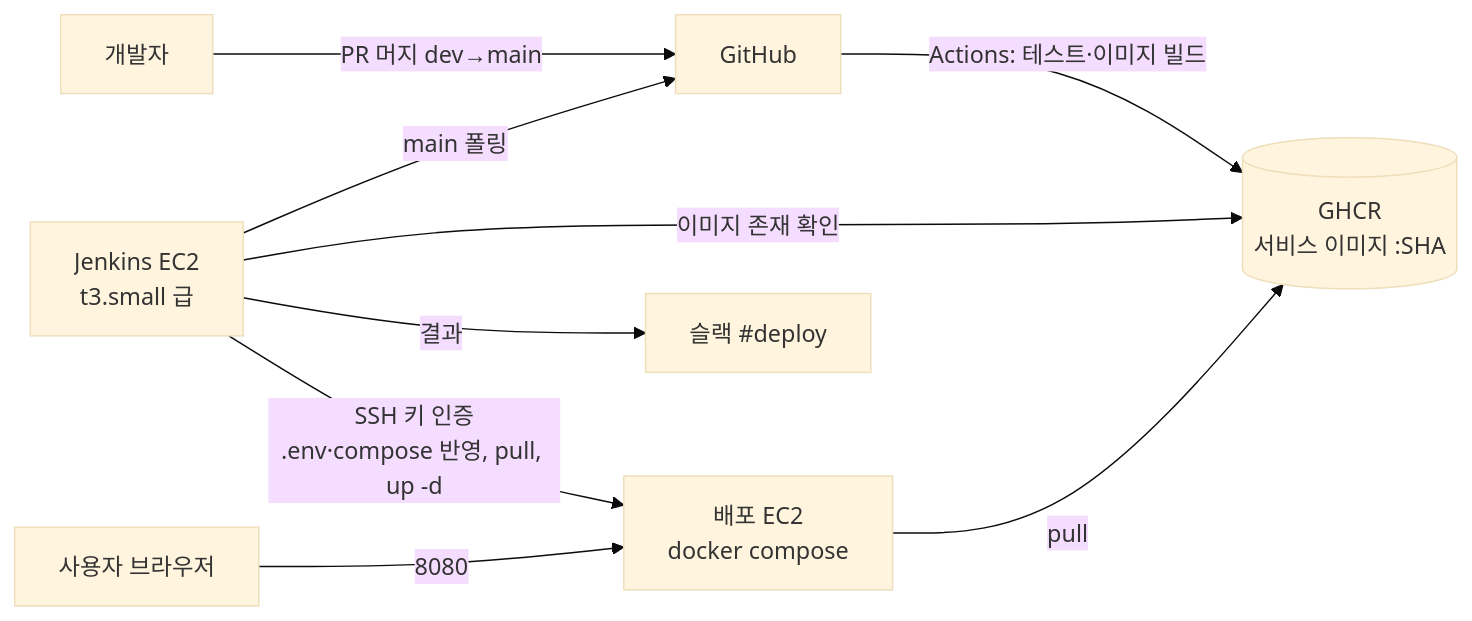
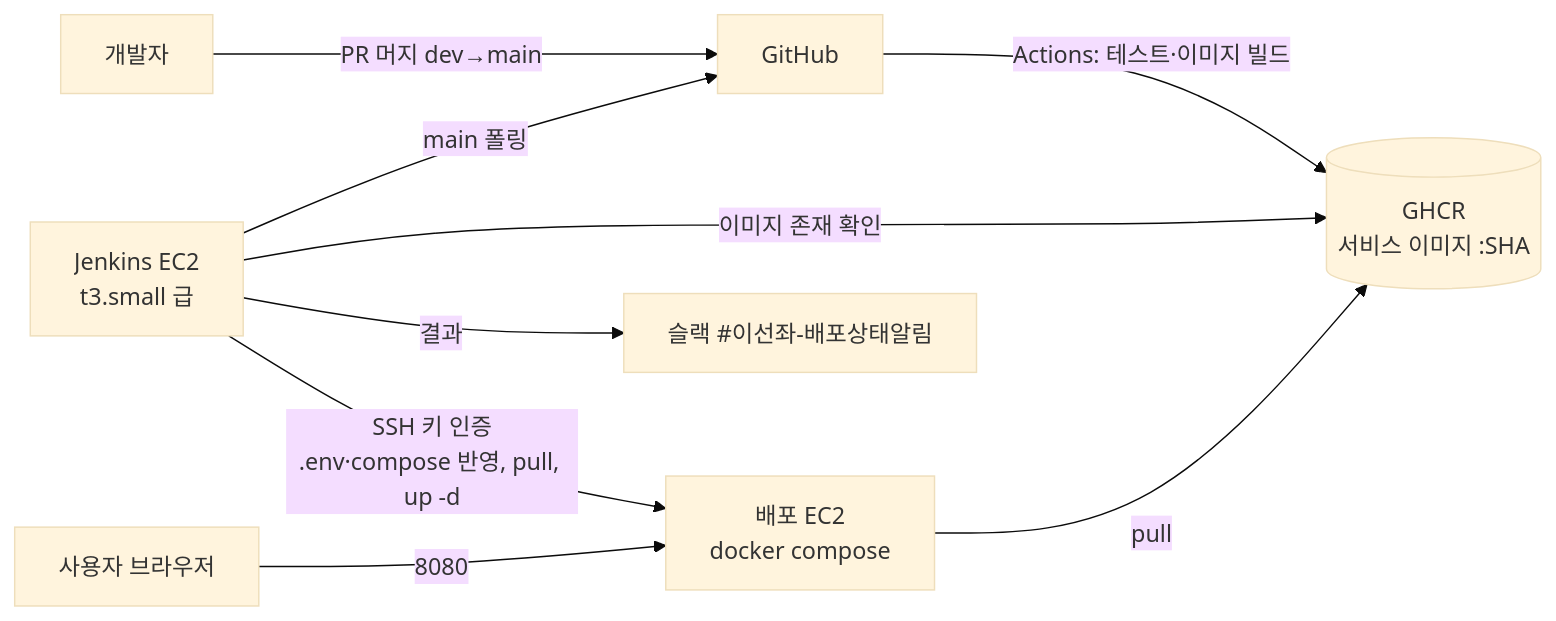
Before and after one commit to iseonjwa/high-quality-ticketing-system: the diagram in docs/design/infra/deployment.md, drawn with Mermaid (base theme). The commit also changed other lines of this file and 6 other files, not shown here.

````diff
--- a/docs/design/infra/deployment.md
+++ b/docs/design/infra/deployment.md
@@ -9,11 +9,11 @@
 ```mermaid
 flowchart LR
   DEV[개발자] -->|PR 머지 dev→main| GH[GitHub]
   GH -->|Actions: 테스트·이미지 빌드| GHCR[(GHCR<br/>서비스 이미지 :SHA)]
   JK[Jenkins EC2<br/>t3.small 급] -->|main 폴링| GH
   JK -->|이미지 존재 확인| GHCR
   JK -->|SSH 키 인증<br/>.env·compose 반영, pull, up -d| DEPLOY[배포 EC2<br/>docker compose]
   DEPLOY -->|pull| GHCR
-  JK -->|결과| SL[슬랙 #deploy]
+  JK -->|결과| SL[슬랙 #이선좌-배포상태알림]
   USER[사용자 브라우저] -->|8080| DEPLOY
 ```
````
